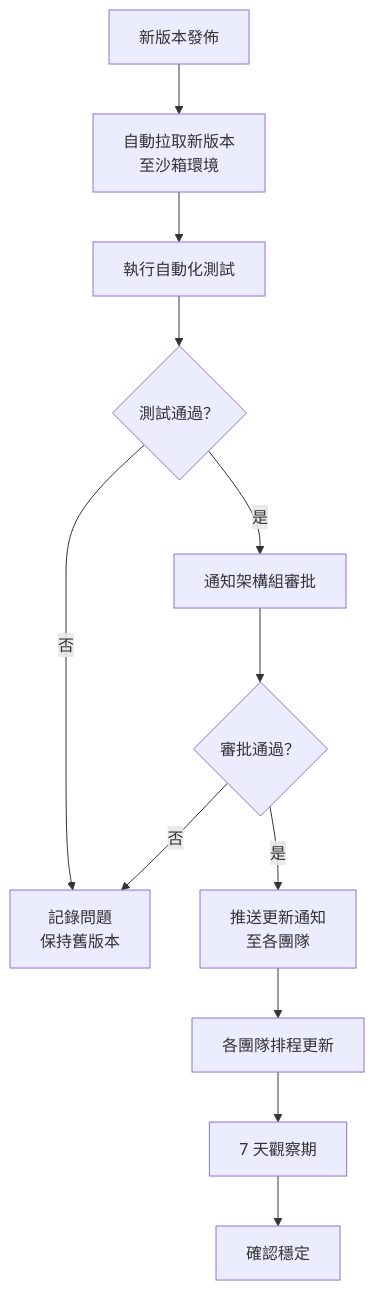
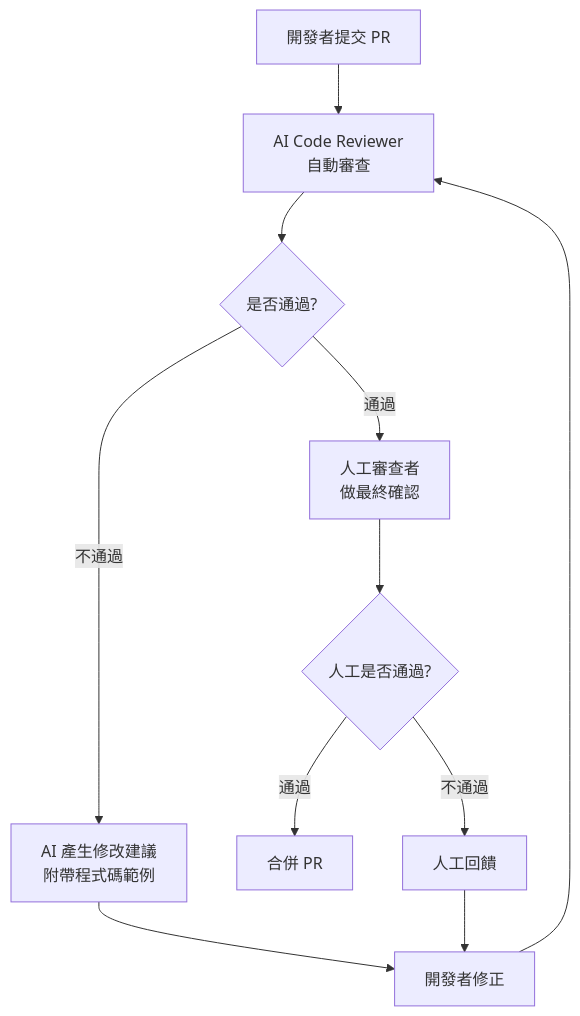
One commit to chihhung/Blog changed diagram 16 of 44 in content/posts/教學/AI開發/opencode生態系教學手冊.md. Above: the diagram before and after it, drawn with Mermaid. The commit also changed other lines of this file and 3 other files, not shown here.

````diff
--- a/content/posts/教學/AI開發/opencode生態系教學手冊.md
+++ b/content/posts/教學/AI開發/opencode生態系教學手冊.md
@@ -2638,14 +3558,13 @@
 ```mermaid
-flowchart TD
-    A["新版本發佈"] --> B["自動拉取新版本<br/>至沙箱環境"]
-    B --> C["執行自動化測試"]
-    C --> D{"測試通過？"}
-    D -->|"是"| E["通知架構組審批"]
-    D -->|"否"| F["記錄問題<br/>保持舊版本"]
-    E --> G{"審批通過？"}
-    G -->|"是"| H["推送更新通知<br/>至各團隊"]
-    G -->|"否"| F
-    H --> I["各團隊排程更新"]
-    I --> J["7 天觀察期"]
-    J --> K["確認穩定"]
+graph TB
+    A["開發者提交 PR"] --> B["AI Code Reviewer<br/>自動審查"]
+    B --> C{"是否通過?"}
+    C -->|"通過"| D["人工審查者<br/>做最終確認"]
+    C -->|"不通過"| E["AI 產生修改建議<br/>附帶程式碼範例"]
+    E --> F["開發者修正"]
+    F --> B
+    D --> G{"人工是否通過?"}
+    G -->|"通過"| H["合併 PR"]
+    G -->|"不通過"| I["人工回饋"]
+    I --> F
 ```
````
